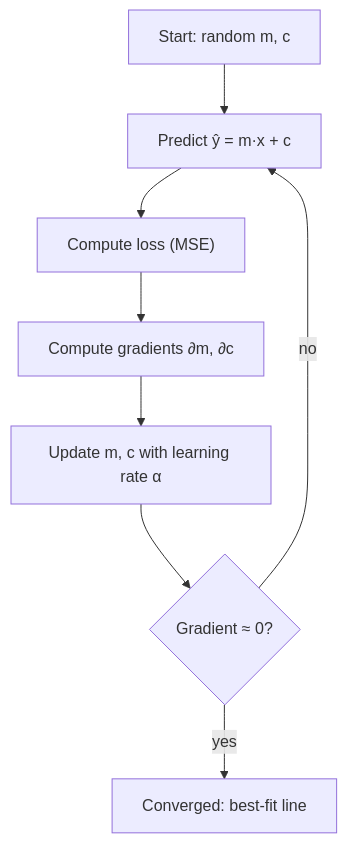
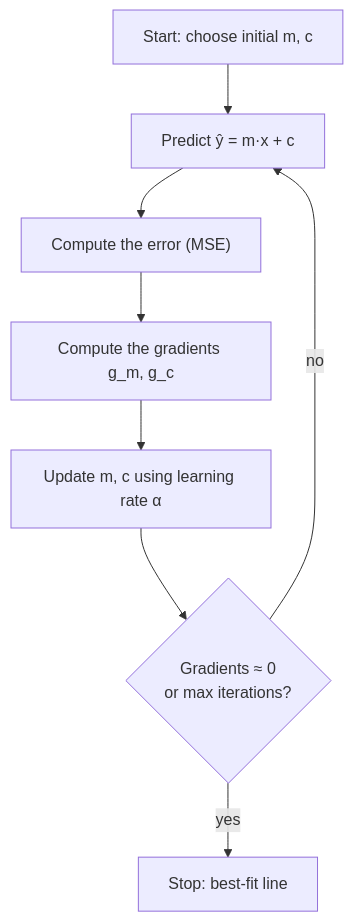
The fourth of 4 diagrams in learnings/linear/en-01-linear-intro.md (Rathachai/DA-LAB), drawn with Mermaid before and after one commit. The commit also changed other lines of this file and 5 other files, not shown here.

````diff
--- a/learnings/linear/en-01-linear-intro.md
+++ b/learnings/linear/en-01-linear-intro.md
@@ -126,10 +297,10 @@
 ```mermaid
 flowchart TD
-    S["Start: random m, c"] --> P["Predict ŷ = m·x + c"]
-    P --> L["Compute loss (MSE)"]
-    L --> G["Compute gradients ∂m, ∂c"]
-    G --> U["Update m, c with learning rate α"]
-    U --> T{"Gradient ≈ 0?"}
+    S["Start: choose initial m, c"] --> P["Predict ŷ = m·x + c"]
+    P --> L["Compute the error (MSE)"]
+    L --> G["Compute the gradients g_m, g_c"]
+    G --> U["Update m, c using learning rate α"]
+    U --> T{"Gradients ≈ 0<br/>or max iterations?"}
     T -- no --> P
-    T -- yes --> D["Converged: best-fit line"]
+    T -- yes --> D["Stop: best-fit line"]
 ```
````
